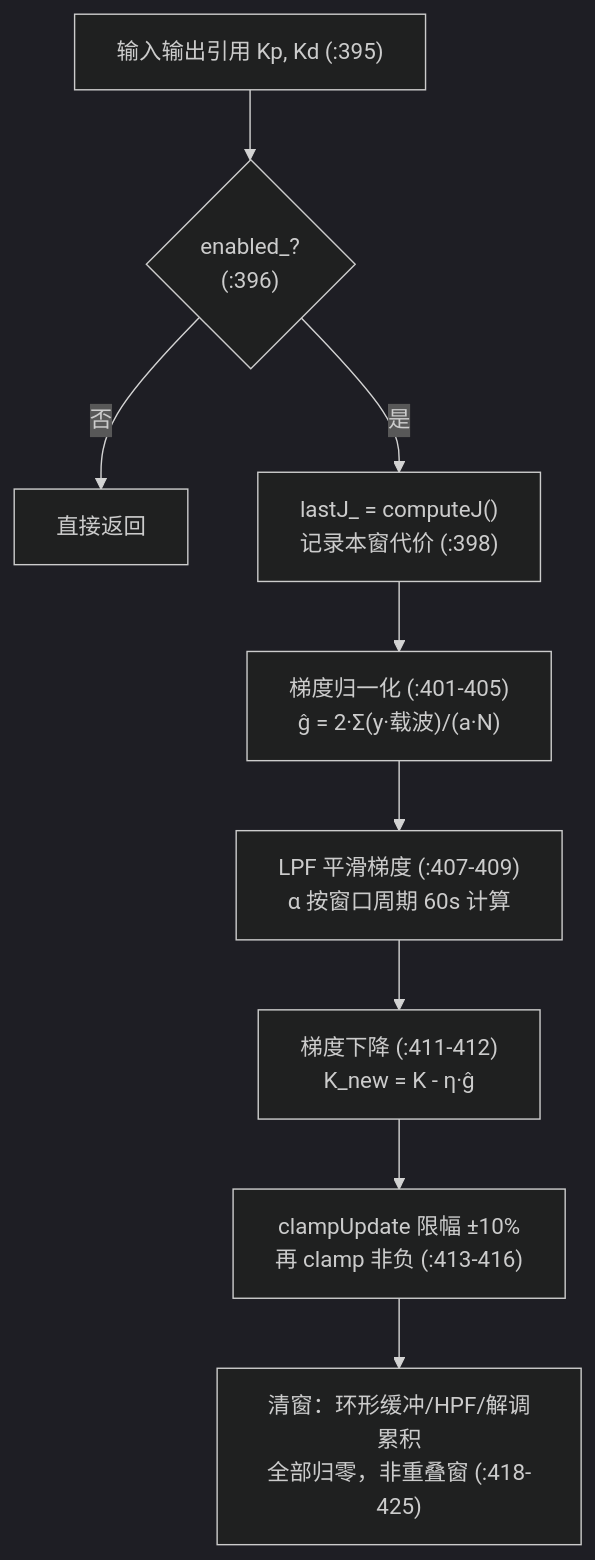
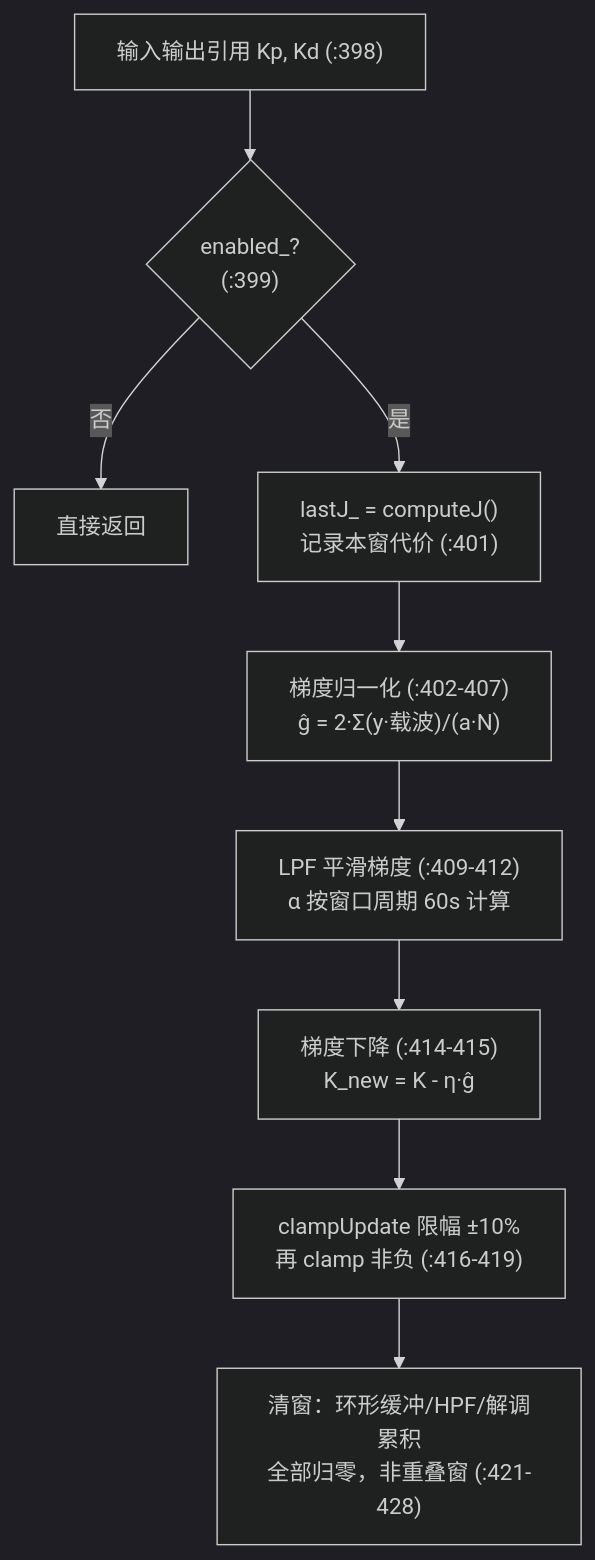
One commit to jimaka/auto_rudder changed the seventh of 16 diagrams in docs/ESC代码函数实现流程.md. Above: the diagram before and after it, drawn with Mermaid (dark theme). The commit also changed other lines of this file and 24 other files, not shown here.

````diff
--- a/docs/ESC代码函数实现流程.md
+++ b/docs/ESC代码函数实现流程.md
@@ -453,11 +453,11 @@
 ```mermaid
 flowchart TD
-    A["输入输出引用 Kp, Kd (:395)"] --> B{"enabled_?<br/>(:396)"}
+    A["输入输出引用 Kp, Kd (:398)"] --> B{"enabled_?<br/>(:399)"}
     B -- 否 --> C["直接返回"]
-    B -- 是 --> D["lastJ_ = computeJ()<br/>记录本窗代价 (:398)"]
-    D --> E["梯度归一化 (:401-405)<br/>ĝ = 2·Σ(y·载波)/(a·N)"]
-    E --> F["LPF 平滑梯度 (:407-409)<br/>α 按窗口周期 60s 计算"]
-    F --> G["梯度下降 (:411-412)<br/>K_new = K - η·ĝ"]
-    G --> H["clampUpdate 限幅 ±10%<br/>再 clamp 非负 (:413-416)"]
-    H --> I["清窗：环形缓冲/HPF/解调累积<br/>全部归零，非重叠窗 (:418-425)"]
+    B -- 是 --> D["lastJ_ = computeJ()<br/>记录本窗代价 (:401)"]
+    D --> E["梯度归一化 (:402-407)<br/>ĝ = 2·Σ(y·载波)/(a·N)"]
+    E --> F["LPF 平滑梯度 (:409-412)<br/>α 按窗口周期 60s 计算"]
+    F --> G["梯度下降 (:414-415)<br/>K_new = K - η·ĝ"]
+    G --> H["clampUpdate 限幅 ±10%<br/>再 clamp 非负 (:416-419)"]
+    H --> I["清窗：环形缓冲/HPF/解调累积<br/>全部归零，非重叠窗 (:421-428)"]
 ```
````
